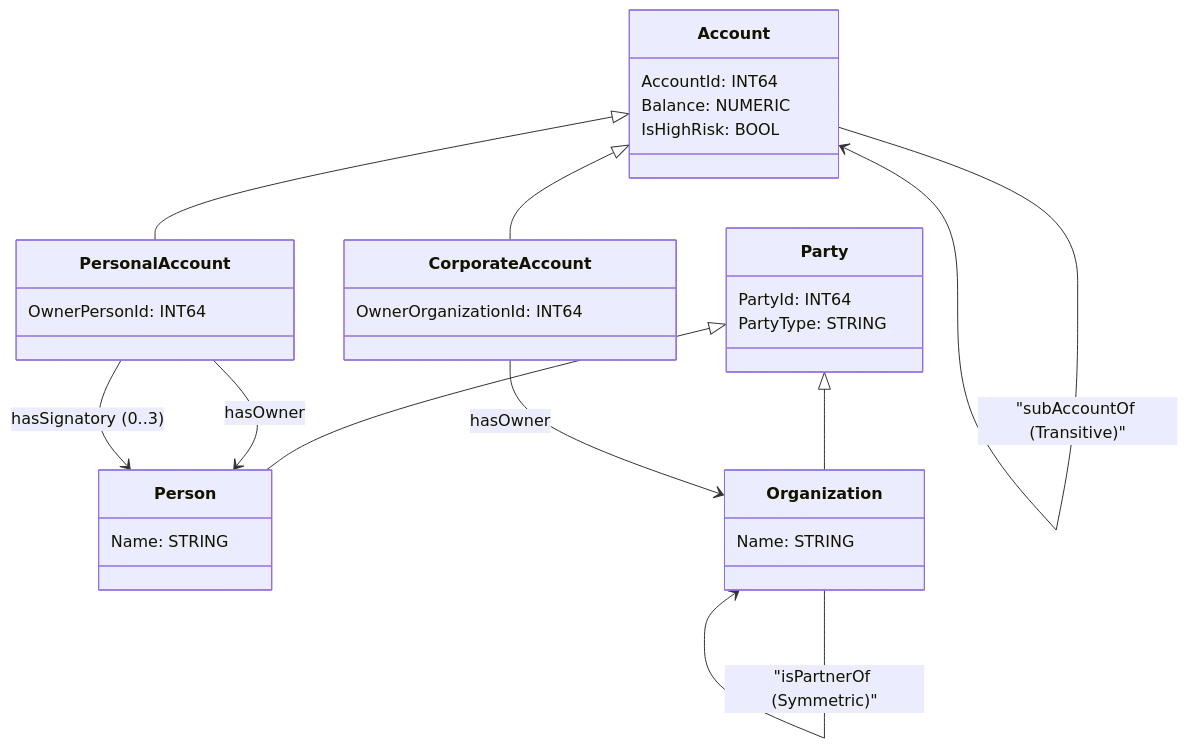
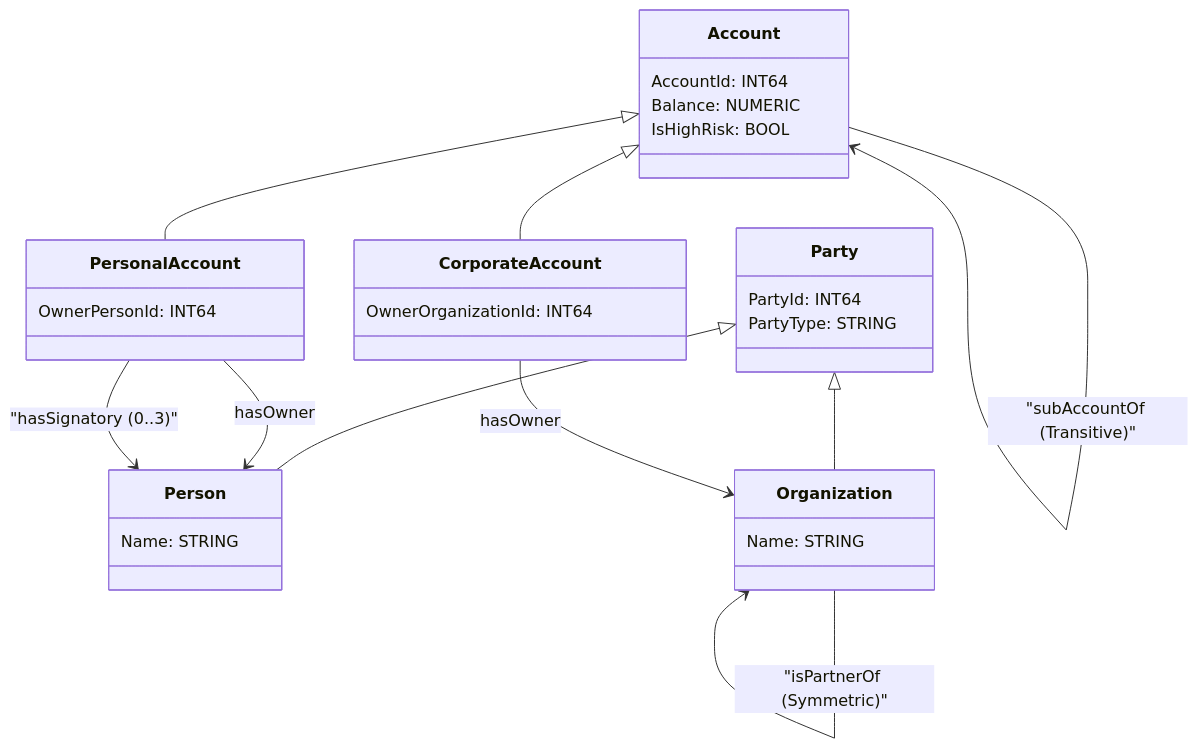
Before and after one commit to hasseeb-ai/rdf-shacl-to-spanner-graph: the first of 12 diagrams in examples/README.md, drawn with Mermaid. The commit also changed other lines of this file and 12 other files, not shown here.

````diff
--- a/examples/README.md
+++ b/examples/README.md
@@ -49,36 +59,36 @@
 ```mermaid
 classDiagram
   direction TD
   class Party {
     PartyId: INT64
     PartyType: STRING
   }
   class Person {
     Name: STRING
   }
   class Organization {
     Name: STRING
   }
   class Account {
     AccountId: INT64
     Balance: NUMERIC
     IsHighRisk: BOOL
   }
   class PersonalAccount {
     OwnerPersonId: INT64
   }
   class CorporateAccount {
     OwnerOrganizationId: INT64
   }
 
   Party <|-- Person
   Party <|-- Organization
   Account <|-- PersonalAccount
   Account <|-- CorporateAccount
 
   PersonalAccount --> Person : hasOwner
   CorporateAccount --> Organization : hasOwner
-  PersonalAccount --> Person : hasSignatory (0..3)
+  PersonalAccount --> Person : "hasSignatory (0..3)"
   Organization --> Organization : "isPartnerOf (Symmetric)"
   Account --> Account : "subAccountOf (Transitive)"
 ```
````
